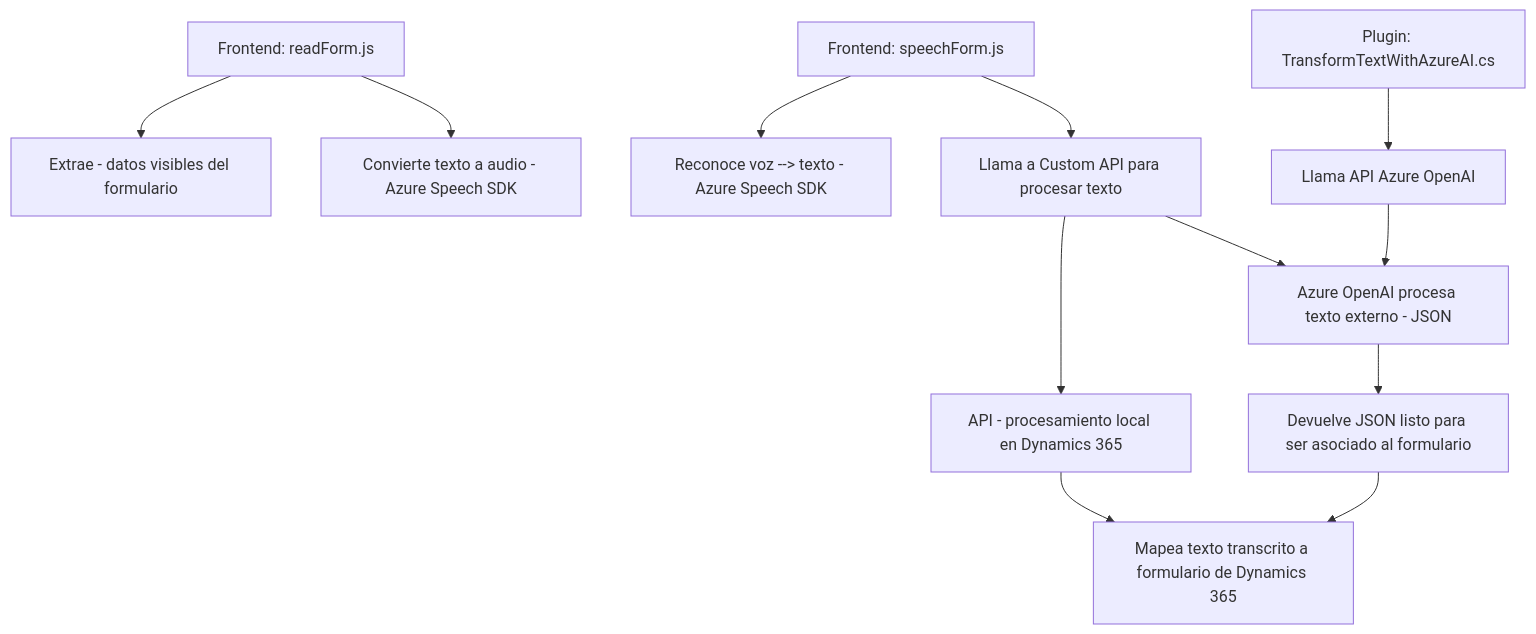
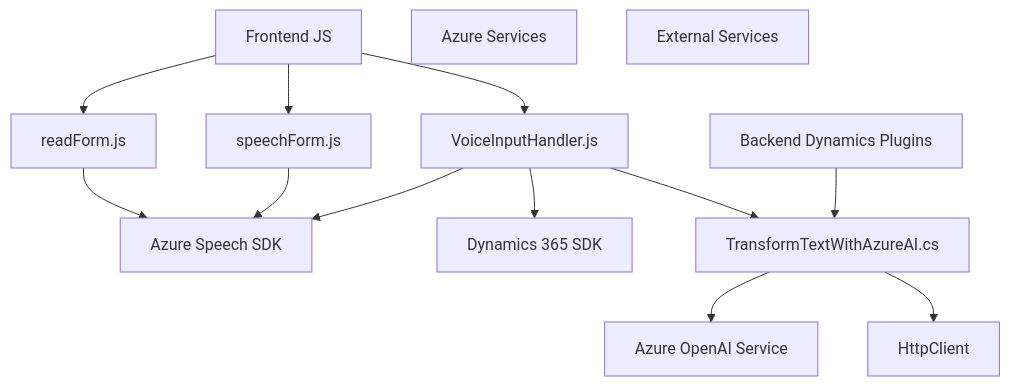
One commit to blopezdm/NETCORE_BILBAO2025 changed the diagram in README.md. Above: the diagram before and after it, drawn with Mermaid. The commit also changed other lines of this file, not shown here.

````diff
--- a/README.md
+++ b/README.md
@@ -41,14 +39,30 @@
 ```mermaid
 graph TD
-    A["Frontend: readForm.js"] --> B["Extrae - datos visibles del formulario"]
-    A --> C["Convierte texto a audio - Azure Speech SDK"]
-    D["Frontend: speechForm.js"] --> E["Reconoce voz --> texto - Azure Speech SDK"]
-    D --> F["Llama a Custom API para procesar texto"]
-    F --> G["API - procesamiento local en Dynamics 365"]
-    F --> H["Azure OpenAI procesa texto externo - JSON"]
-    G --> J["Mapea texto transcrito a formulario de Dynamics 365"]
-    H --> K["Devuelve JSON listo para ser asociado al formulario"]
-    K --> J
-    L["Plugin: TransformTextWithAzureAI.cs"] --> M["Llama API Azure OpenAI"]
-    M --> H
+    A["Frontend JS"]
+    A1["readForm.js"]
+    A2["speechForm.js"]
+    A3["VoiceInputHandler.js"]
+    
+    B["Backend Dynamics Plugins"]
+    B1["TransformTextWithAzureAI.cs"]
+    
+    C["Azure Services"]
+    C1["Azure Speech SDK"]
+    C2["Azure OpenAI Service"]
+    
+    D["External Services"]
+    D1["Dynamics 365 SDK"]
+    D2["HttpClient"]
+
+    A --> A1
+    A --> A2
+    A --> A3
+    B --> B1
+    A1 --> C1
+    A2 --> C1
+    A3 --> C1
+    A3 --> D1
+    A3 --> B1
+    B1 --> C2
+    B1 --> D2
 ```
````
